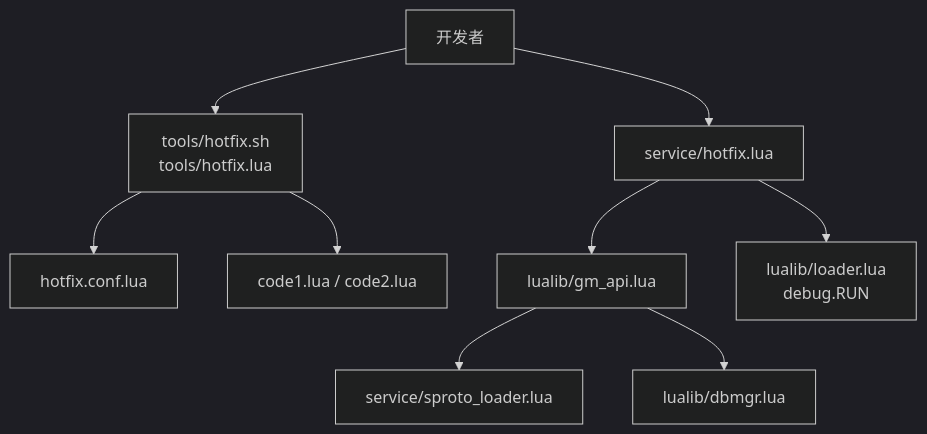
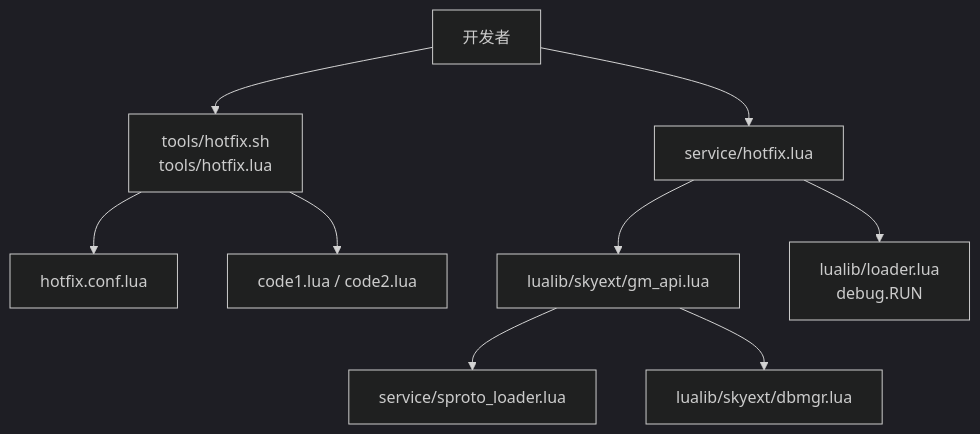
One commit to hanxi/skyext changed the first of 4 diagrams in docs/repowiki/zh/content/部署运维/热更新系统.md. Above: the diagram before and after it, drawn with Mermaid (dark theme). The commit also changed other lines of this file and 117 other files, not shown here.

````diff
--- a/docs/repowiki/zh/content/部署运维/热更新系统.md
+++ b/docs/repowiki/zh/content/部署运维/热更新系统.md
@@ -40,11 +40,11 @@
 ```mermaid
 graph TB
 Dev["开发者"] --> Tool["tools/hotfix.sh<br/>tools/hotfix.lua"]
 Tool --> Conf["hotfix.conf.lua"]
 Tool --> Patches["code1.lua / code2.lua"]
 Dev --> Server["service/hotfix.lua"]
-Server --> GM["lualib/gm_api.lua"]
+Server --> GM["lualib/skyext/gm_api.lua"]
 GM --> SProto["service/sproto_loader.lua"]
-GM --> DBMgr["lualib/dbmgr.lua"]
+GM --> DBMgr["lualib/skyext/dbmgr.lua"]
 Server --> Loader["lualib/loader.lua<br/>debug.RUN"]
 ```
````
